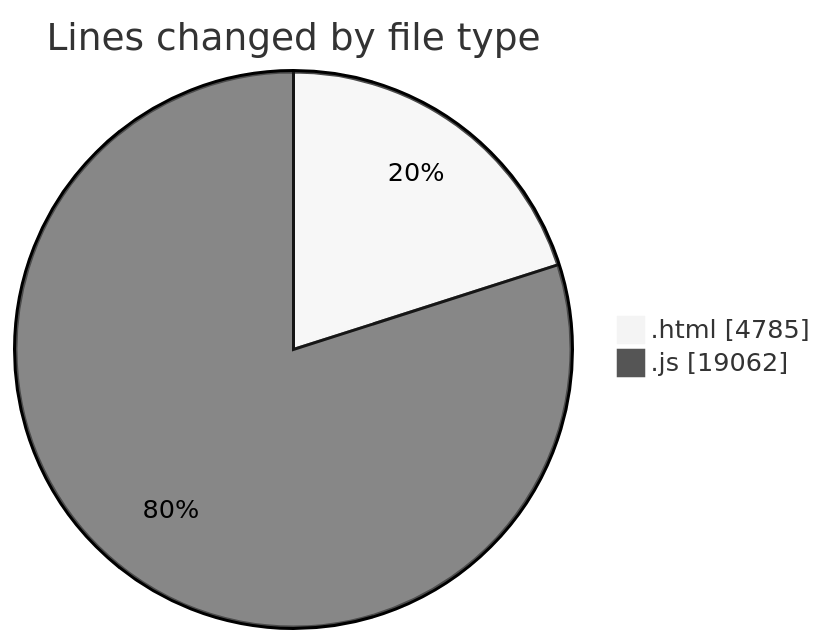
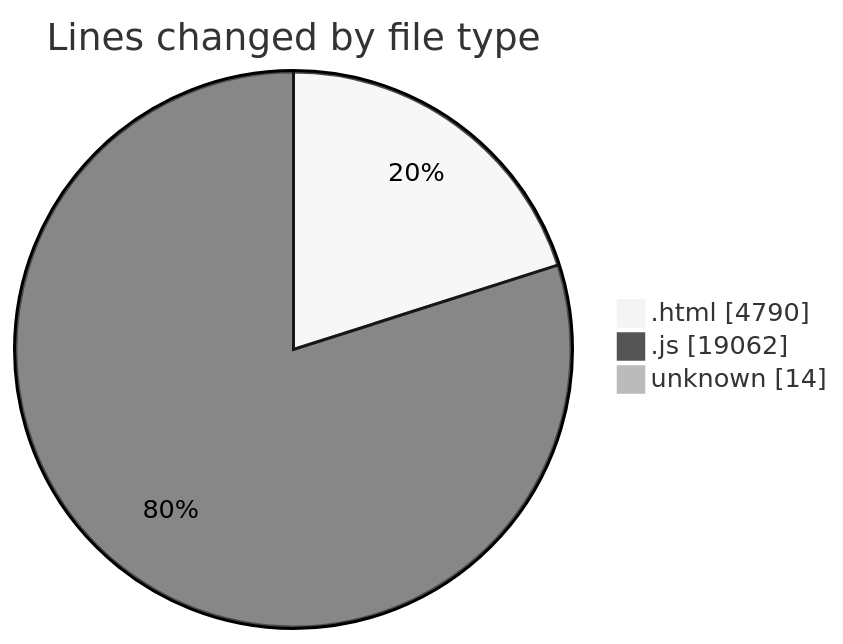
One commit to LanceThiago/code-tracking changed the first of 2 diagrams in 2025-04-24/enre_-_calculadora_de_consumo_v_2022_files/README.md. Above: the diagram before and after it, drawn with Mermaid (neutral theme). The commit also changed other lines of this file and 1 other file, not shown here.

````diff
--- a/2025-04-24/enre_-_calculadora_de_consumo_v_2022_files/README.md
+++ b/2025-04-24/enre_-_calculadora_de_consumo_v_2022_files/README.md
@@ -21,6 +22,7 @@
 ```mermaid
 pie showData
 title Lines changed by file type
-".html" : 4785
+".html" : 4790
 ".js" : 19062
+"unknown" : 14
 ```
````
